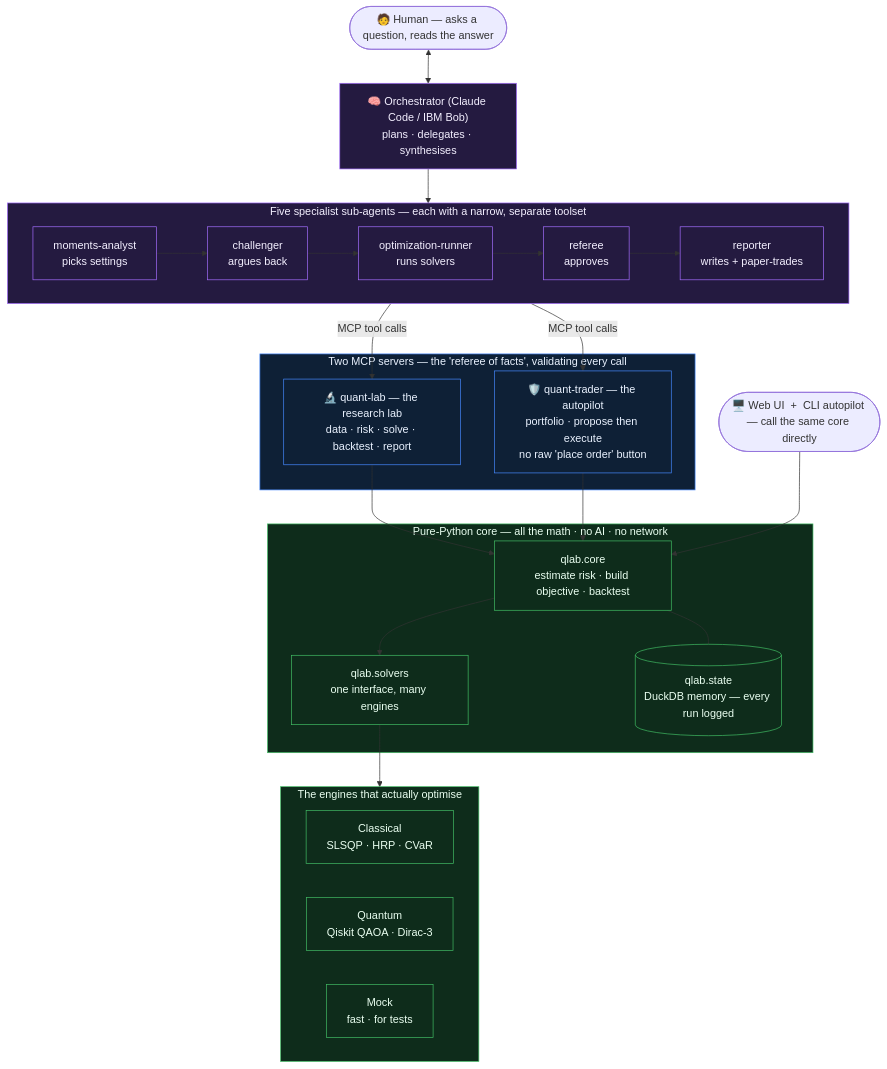
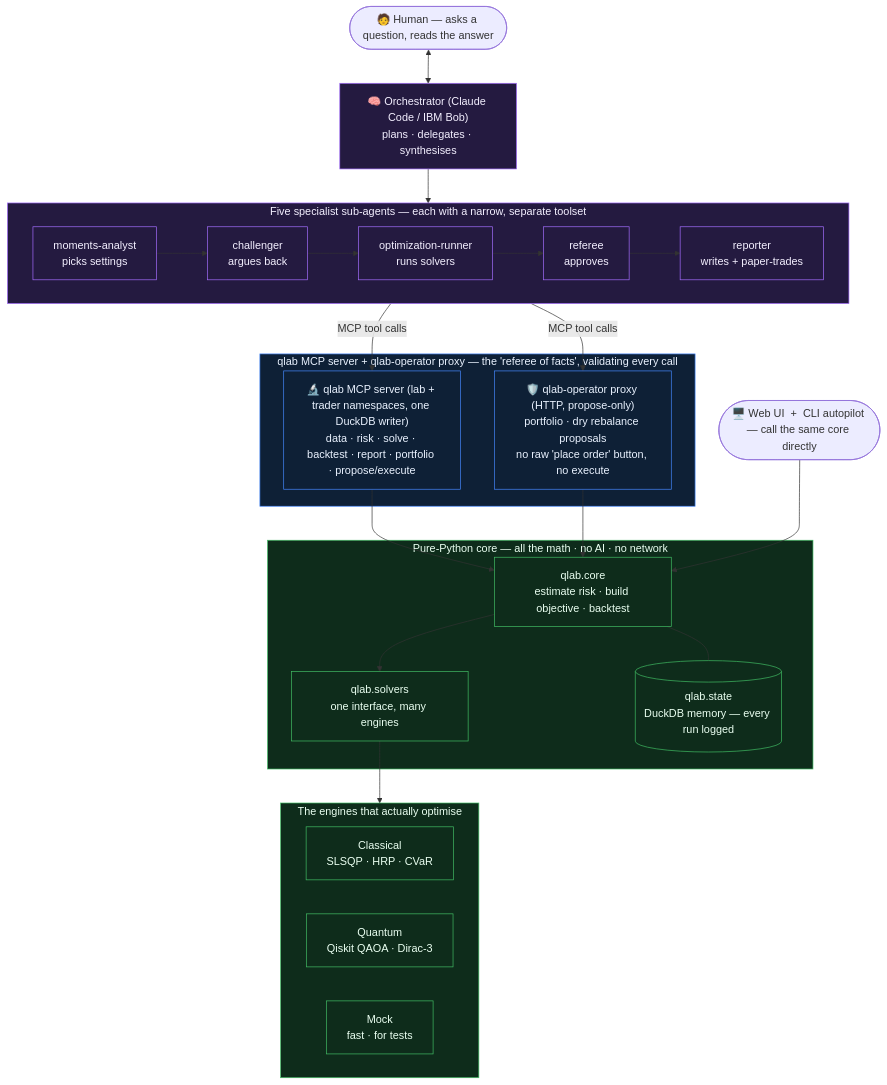
The second of 3 diagrams in README.md (AzAINN/QLAB), drawn with Mermaid before and after one commit. The commit also changed other lines of this file and 9 other files, not shown here.

First line of the commit message:
fix(trader,backtest): resume plans from real persisted legs; wire B3 to risk_parity

````diff
--- a/README.md
+++ b/README.md
@@ -132,46 +132,46 @@
 ```mermaid
 flowchart TB
     Human(["🧑 Human — asks a question, reads the answer"])
     Orch["🧠 Orchestrator (Claude Code / IBM Bob)<br/>plans · delegates · synthesises"]
     Human <--> Orch
 
     subgraph AGENTS["Five specialist sub-agents — each with a narrow, separate toolset"]
         direction LR
         MA["moments-analyst<br/>picks settings"] --> CHA["challenger<br/>argues back"] --> ORU["optimization-runner<br/>runs solvers"] --> REF["referee<br/>approves"] --> REP["reporter<br/>writes + paper-trades"]
     end
     Orch --> AGENTS
 
-    subgraph MCP["Two MCP servers — the 'referee of facts', validating every call"]
-        LAB["🔬 quant-lab — the research lab<br/>data · risk · solve · backtest · report"]
-        TRD["🛡️ quant-trader — the autopilot<br/>portfolio · propose then execute<br/>no raw 'place order' button"]
+    subgraph MCP["qlab MCP server + qlab-operator proxy — the 'referee of facts', validating every call"]
+        LAB["🔬 qlab MCP server (lab + trader namespaces, one DuckDB writer)<br/>data · risk · solve · backtest · report · portfolio · propose/execute"]
+        TRD["🛡️ qlab-operator proxy (HTTP, propose-only)<br/>portfolio · dry rebalance proposals<br/>no raw 'place order' button, no execute"]
     end
     AGENTS -->|MCP tool calls| LAB
     AGENTS -->|MCP tool calls| TRD
 
     subgraph CORE["Pure-Python core — all the math · no AI · no network"]
         LIB["qlab.core<br/>estimate risk · build objective · backtest"]
         SOL["qlab.solvers<br/>one interface, many engines"]
         REG[("qlab.state<br/>DuckDB memory — every run logged")]
     end
     LAB --> LIB
     TRD --> LIB
     LIB --> SOL
     LIB --- REG
 
     subgraph ENG["The engines that actually optimise"]
         direction LR
         CLS["Classical<br/>SLSQP · HRP · CVaR"]
         QUA["Quantum<br/>Qiskit QAOA · Dirac-3"]
         MOK["Mock<br/>fast · for tests"]
     end
     SOL --> ENG
 
     Direct(["🖥️ Web UI  +  CLI autopilot — call the same core directly"]) --> LIB
 
     classDef ai fill:#241a40,stroke:#a56eff,color:#f4f0ff;
     classDef srv fill:#0e2036,stroke:#4589ff,color:#eaf2ff;
     classDef core fill:#0e2c1b,stroke:#42be65,color:#eafff1;
     class Orch,AGENTS,MA,CHA,ORU,REF,REP ai
     class MCP,LAB,TRD srv
     class CORE,LIB,SOL,REG,ENG,CLS,QUA,MOK core
 ```
````
